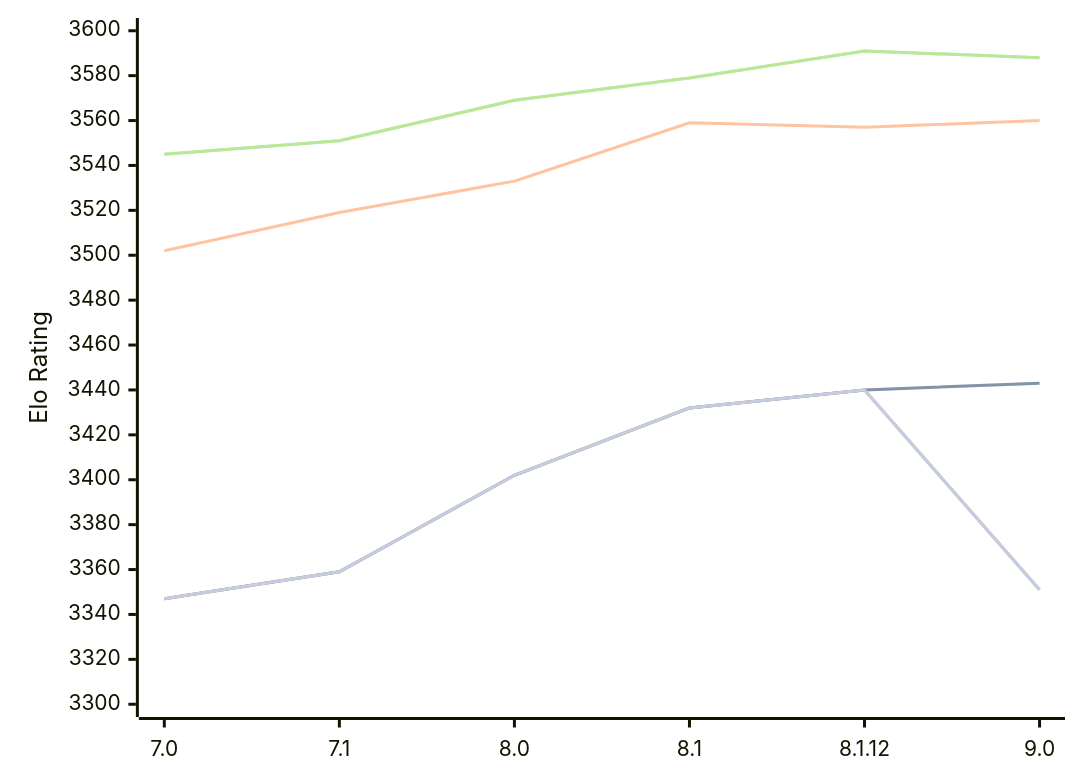
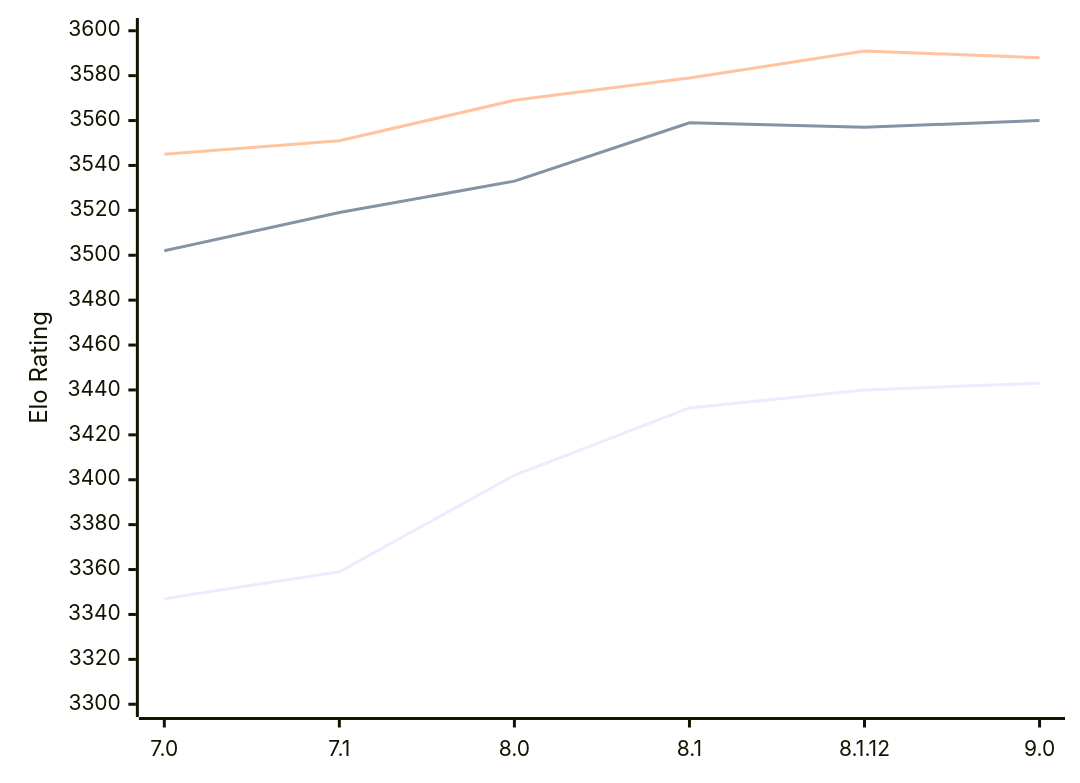
The second of 2 diagrams in engines/Alexandria.md (computer-chess-index/cci), drawn with Mermaid before and after one commit. The commit also changed other lines of this file, not shown here.

````diff
--- a/engines/Alexandria.md
+++ b/engines/Alexandria.md
@@ -54,13 +71,9 @@
 ```mermaid
 %%{init: {"theme":"base","themeVariables":{"seriesColors:['#a3a3a3','#222221','#faa371']}}}%%
 xychart-beta
   x-axis ["7.0", "7.1", "8.0", "8.1", "8.1.12", "9.0"]
   y-axis "Elo Rating" 3300 --> 3600
-  line "" [3347, 3359, 3402, 3432, 3440, 3443]
   line "T1: STC (8.0+0.08s)" [3347, 3359, 3402, 3432, 3440, 3443]
   line "T1: LTC (60.0+0.60s)" [3502, 3519, 3533, 3559, 3557, 3560]
-  line "" [3545, 3551, 3569, 3579, 3591, 3588]
   line "T1: VLTC (2m24s+1.12s)" [3545, 3551, 3569, 3579, 3591, 3588]
-  line "" [3347, 3359, 3402, 3432, 3440,3351, 3384]
-  line "E1: STC (8.0+0.08s)" [3347, 3359, 3402, 3432, 3440,3351, 3384]
 ```
````
